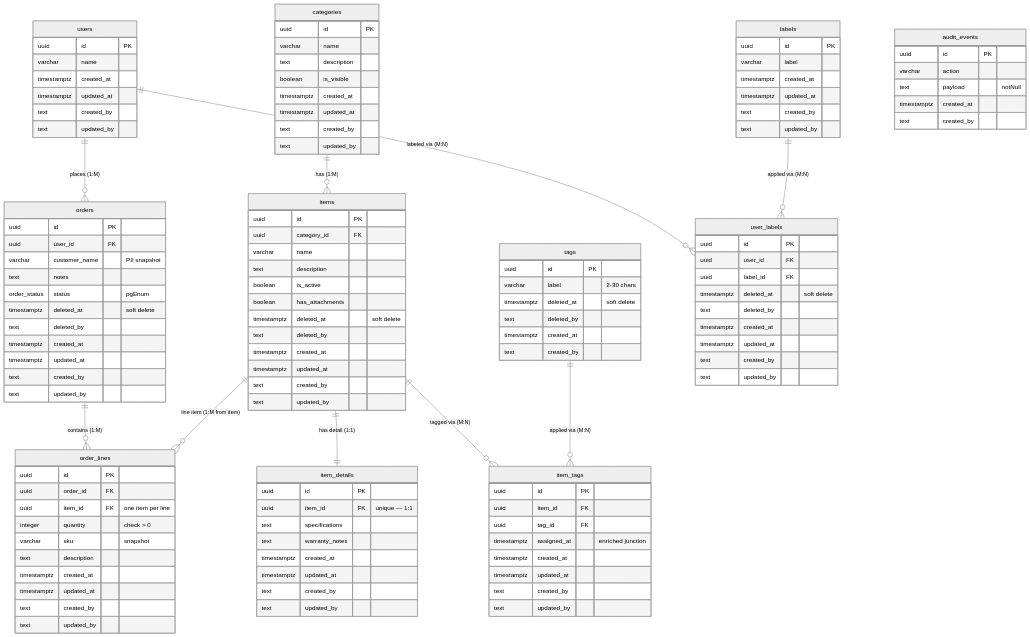
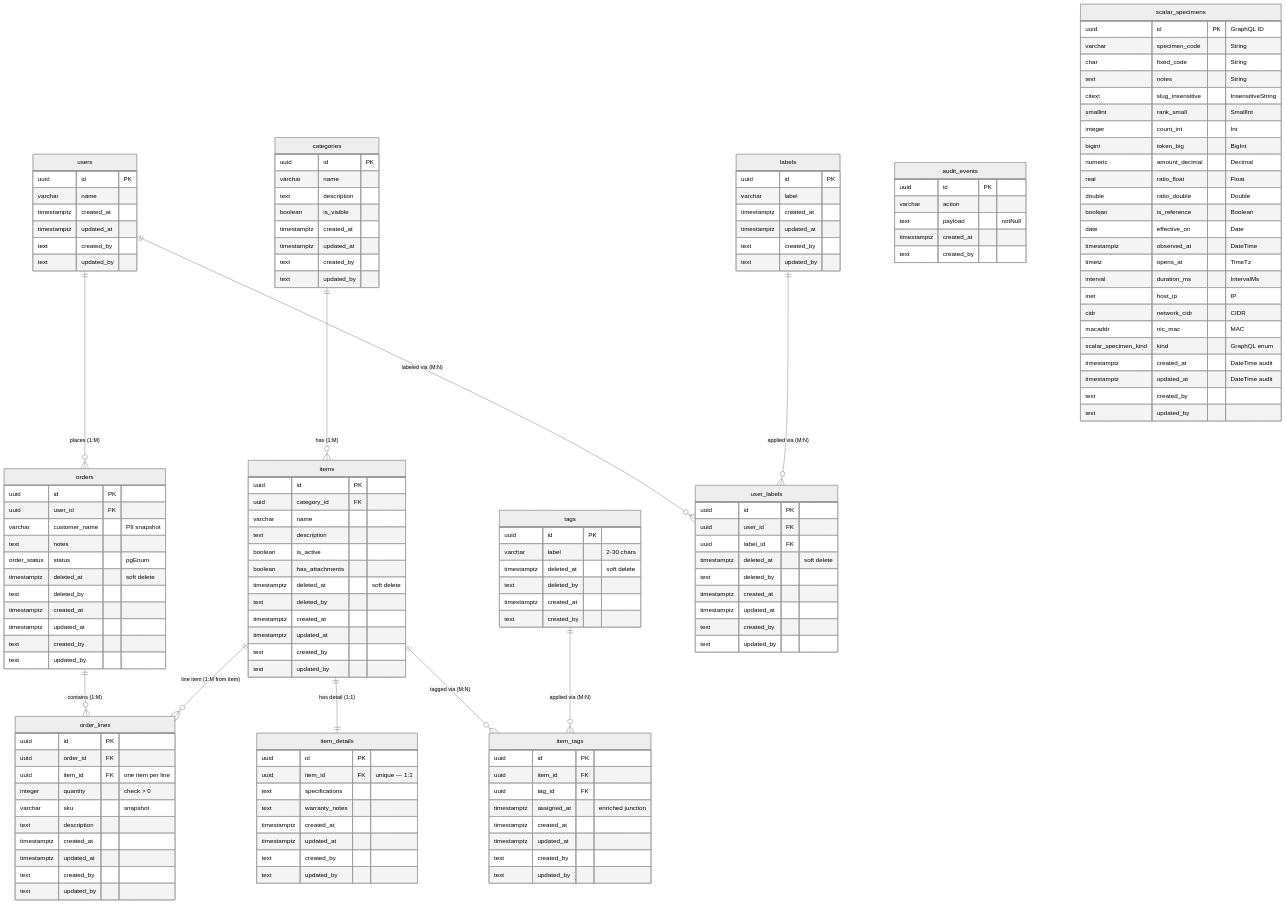
One commit to CorpDK/coding-templates changed the diagram in templates/ds/src/db/ER-DIAGRAM.md. Above: the diagram before and after it, drawn with Mermaid (neutral theme). The commit also changed other lines of this file and 8 other files, not shown here.

First line of the commit message:
Add scalar_specimens commerce demo table for full PG→GraphQL scalar coverage.

````diff
--- a/templates/ds/src/db/ER-DIAGRAM.md
+++ b/templates/ds/src/db/ER-DIAGRAM.md
@@ -146,4 +146,31 @@
         text created_by
     }
 
+    scalar_specimens {
+        uuid id PK "GraphQL ID"
+        varchar specimen_code "String"
+        char fixed_code "String"
+        text notes "String"
+        citext slug_insensitive "InsensitiveString"
+        smallint rank_small "SmallInt"
+        integer count_int "Int"
+        bigint token_big "BigInt"
+        numeric amount_decimal "Decimal"
+        real ratio_float "Float"
+        double ratio_double "Double"
+        boolean is_reference "Boolean"
+        date effective_on "Date"
+        timestamptz observed_at "DateTime"
+        timetz opens_at "TimeTz"
+        interval duration_ms "IntervalMs"
+        inet host_ip "IP"
+        cidr network_cidr "CIDR"
+        macaddr nic_mac "MAC"
+        scalar_specimen_kind kind "GraphQL enum"
+        timestamptz created_at "DateTime audit"
+        timestamptz updated_at "DateTime audit"
+        text created_by
+        text updated_by
+    }
+
 ```
````
